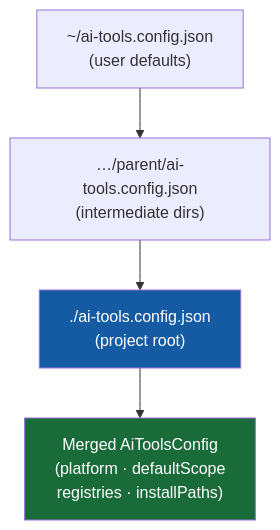
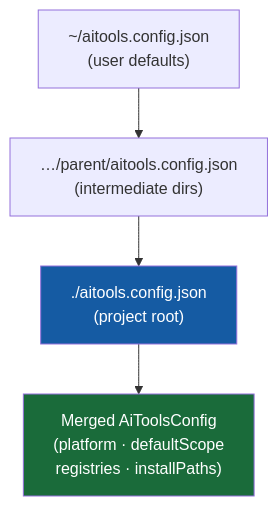
One commit to bitgenetics/aitools changed the sixth of 7 diagrams in docs/design/architecture.md. Above: the diagram before and after it, drawn with Mermaid. The commit also changed other lines of this file and 132 other files, not shown here.

````diff
--- a/docs/design/architecture.md
+++ b/docs/design/architecture.md
@@ -159,12 +159,12 @@
 ```mermaid
 flowchart TB
-    home["~/ai-tools.config.json<br/>(user defaults)"]
-    parent["…/parent/ai-tools.config.json<br/>(intermediate dirs)"]
-    project["./ai-tools.config.json<br/>(project root)"]
+    home["~/aitools.config.json<br/>(user defaults)"]
+    parent["…/parent/aitools.config.json<br/>(intermediate dirs)"]
+    project["./aitools.config.json<br/>(project root)"]
     merged["Merged AiToolsConfig<br/>(platform · defaultScope<br/>registries · installPaths)"]
 
     home --> parent --> project --> merged
 
     style merged fill:#1a6b3a,color:#fff
     style project fill:#155ba3,color:#fff
 ```
````
